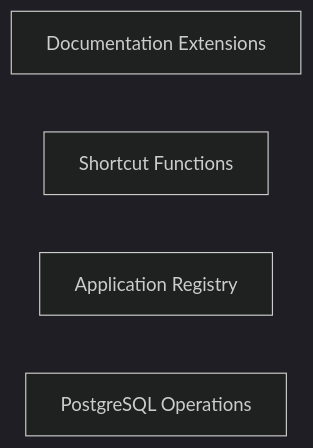
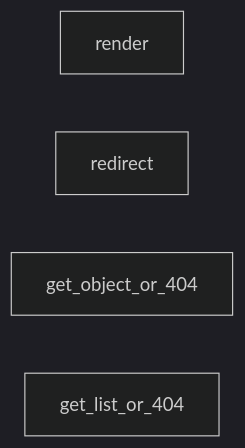
The diagram in django/on_boarding.md (CodeBoarding/GeneratedOnBoardings), drawn with Mermaid (dark theme) before and after one commit. The commit also changed other lines of this file, not shown here.

Commit message:
Uploading onboarding materials for django

````diff
--- a/django/on_boarding.md
+++ b/django/on_boarding.md
@@ -1,11 +1,11 @@
 ```mermaid
 graph LR
-    Documentation_Extensions["Documentation Extensions"]
-    Shortcut_Functions["Shortcut Functions"]
-    Application_Registry["Application Registry"]
-    PostgreSQL_Operations["PostgreSQL Operations"]
-    click Documentation_Extensions href "https://github.com/CodeBoarding/GeneratedOnBoardings/blob/main/django/Documentation Extensions.md" "Details"
-    click Shortcut_Functions href "https://github.com/CodeBoarding/GeneratedOnBoardings/blob/main/django/Shortcut Functions.md" "Details"
-    click Application_Registry href "https://github.com/CodeBoarding/GeneratedOnBoardings/blob/main/django/Application Registry.md" "Details"
-    click PostgreSQL_Operations href "https://github.com/CodeBoarding/GeneratedOnBoardings/blob/main/django/PostgreSQL Operations.md" "Details"
+    render["render"]
+    redirect["redirect"]
+    get_object_or_404["get_object_or_404"]
+    get_list_or_404["get_list_or_404"]
+    click render href "https://github.com/CodeBoarding/GeneratedOnBoardings/blob/main/django/render.md" "Details"
+    click redirect href "https://github.com/CodeBoarding/GeneratedOnBoardings/blob/main/django/redirect.md" "Details"
+    click get_object_or_404 href "https://github.com/CodeBoarding/GeneratedOnBoardings/blob/main/django/get_object_or_404.md" "Details"
+    click get_list_or_404 href "https://github.com/CodeBoarding/GeneratedOnBoardings/blob/main/django/get_list_or_404.md" "Details"
 ```
````
